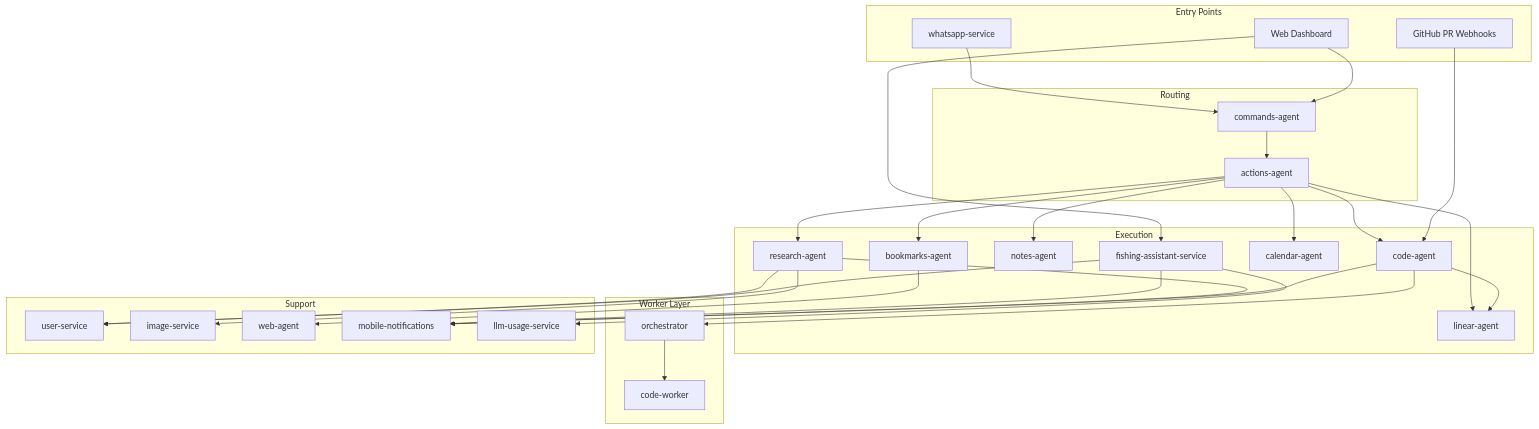
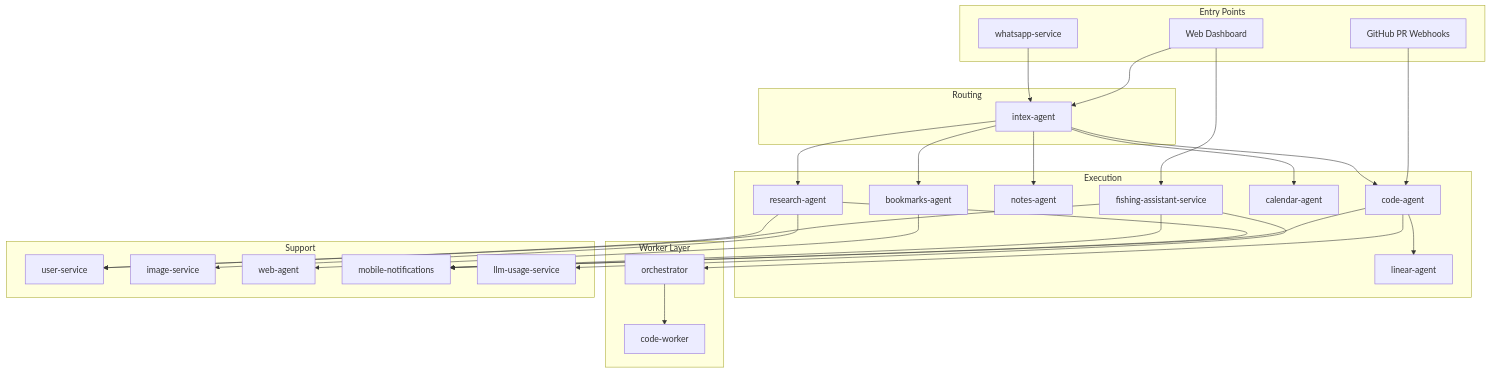
Before and after one commit to pbuchman/intexuraos: the second of 2 diagrams in docs/services/index.md, drawn with Mermaid. The commit also changed other lines of this file and 607 other files, not shown here.

````diff
--- a/docs/services/index.md
+++ b/docs/services/index.md
@@ -386,63 +379,60 @@
 ```mermaid
 graph TD
     subgraph "Entry Points"
         WA[whatsapp-service]
         WEB[Web Dashboard]
         GH_PR[GitHub PR Webhooks]
     end
 
     subgraph "Routing"
-        CMD[commands-agent]
-        ACT[actions-agent]
+        INTEX[intex-agent]
     end
 
     subgraph "Execution"
         RES[research-agent]
         FISH[fishing-assistant-service]
         NOTE[notes-agent]
         BOOK[bookmarks-agent]
         CAL[calendar-agent]
         LIN[linear-agent]
         CODE[code-agent]
     end
 
     subgraph "Worker Layer"
         ORCH[orchestrator]
         CW[code-worker]
     end
 
     subgraph "Support"
         USER[user-service]
         IMG[image-service]
         WEB_A[web-agent]
         NOTIF[mobile-notifications]
         LLM_USAGE[llm-usage-service]
     end
 
-    WA --> CMD
-    WEB --> CMD
+    WA --> INTEX
+    WEB --> INTEX
     WEB --> FISH
-    CMD --> ACT
 
-    ACT --> RES
-    ACT --> NOTE
-    ACT --> BOOK
-    ACT --> CAL
-    ACT --> LIN
-    ACT --> CODE
+    INTEX --> RES
+    INTEX --> NOTE
+    INTEX --> BOOK
+    INTEX --> CAL
+    INTEX --> CODE
 
     GH_PR --> CODE
     CODE --> ORCH
     ORCH --> CW
     CODE --> LIN
 
     RES --> USER
     RES --> IMG
     BOOK --> WEB_A
     FISH --> NOTIF
     FISH --> USER
     FISH --> LLM_USAGE
 
     RES --> NOTIF
     CODE --> NOTIF
 ```
````
